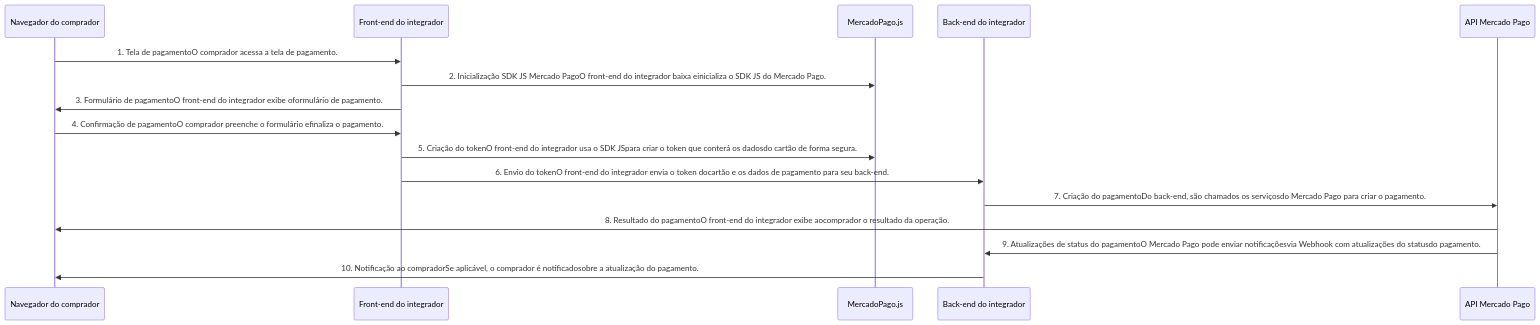
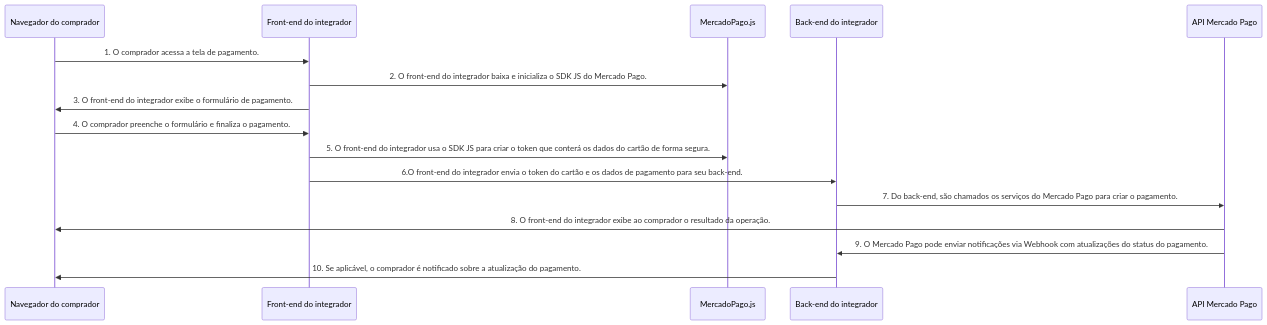
Before and after one commit to 22Neves/devsite-docs: the first of 2 diagrams in guides/checkout-api-orders/payment-integration-cards.pt.md, drawn with Mermaid. The commit also changed other lines of this file and 9 other files, not shown here.

```diff
--- a/guides/checkout-api-orders/payment-integration-cards.pt.md
+++ b/guides/checkout-api-orders/payment-integration-cards.pt.md
@@ -14,19 +14,19 @@
 <pre class="mermaid">
   sequenceDiagram
     participant Navegador as Navegador do comprador
     participant Frontend as Front-end do integrador
     participant MPjs as MercadoPago.js
     participant Backend as Back-end do integrador
     participant API as API Mercado Pago
 
-    Navegador->>Frontend: 1. Tela de pagamentoO comprador acessa a tela de pagamento.
-    Frontend->>MPjs: 2. Inicialização SDK JS Mercado PagoO front-end do integrador baixa einicializa o SDK JS do Mercado Pago.
-    Frontend->>Navegador: 3. Formulário de pagamentoO front-end do integrador exibe oformulário de pagamento.
-    Navegador->>Frontend: 4. Confirmação de pagamentoO comprador preenche o formulário efinaliza o pagamento.
-    Frontend->>MPjs: 5. Criação do tokenO front-end do integrador usa o SDK JSpara criar o token que conterá os dadosdo cartão de forma segura.
-    Frontend->>Backend: 6. Envio do tokenO front-end do integrador envia o token docartão e os dados de pagamento para seu back-end.
-    Backend->>API: 7. Criação do pagamentoDo back-end, são chamados os serviçosdo Mercado Pago para criar o pagamento.
-    API->>Navegador: 8. Resultado do pagamentoO front-end do integrador exibe aocomprador o resultado da operação.
-    API->>Backend: 9. Atualizações de status do pagamentoO Mercado Pago pode enviar notificaçõesvia Webhook com atualizações do statusdo pagamento.
-    Backend->>Navegador: 10. Notificação ao compradorSe aplicável, o comprador é notificadosobre a atualização do pagamento.
+    Navegador->>Frontend: 1. O comprador acessa a tela de pagamento.
+    Frontend->>MPjs: 2. O front-end do integrador baixa e inicializa o SDK JS do Mercado Pago.
+    Frontend->>Navegador: 3. O front-end do integrador exibe o formulário de pagamento.
+    Navegador->>Frontend: 4. O comprador preenche o formulário e finaliza o pagamento.
+    Frontend->>MPjs: 5. O front-end do integrador usa o SDK JS para criar o token que conterá os dados do cartão de forma segura.
+    Frontend->>Backend: 6.O front-end do integrador envia o token do cartão e os dados de pagamento para seu back-end.
+    Backend->>API: 7. Do back-end, são chamados os serviços do Mercado Pago para criar o pagamento.
+    API->>Navegador: 8. O front-end do integrador exibe ao comprador o resultado da operação.
+    API->>Backend: 9. O Mercado Pago pode enviar notificações via Webhook com atualizações do status do pagamento.
+    Backend->>Navegador: 10. Se aplicável, o comprador é notificado sobre a atualização do pagamento.
 </pre>
```
